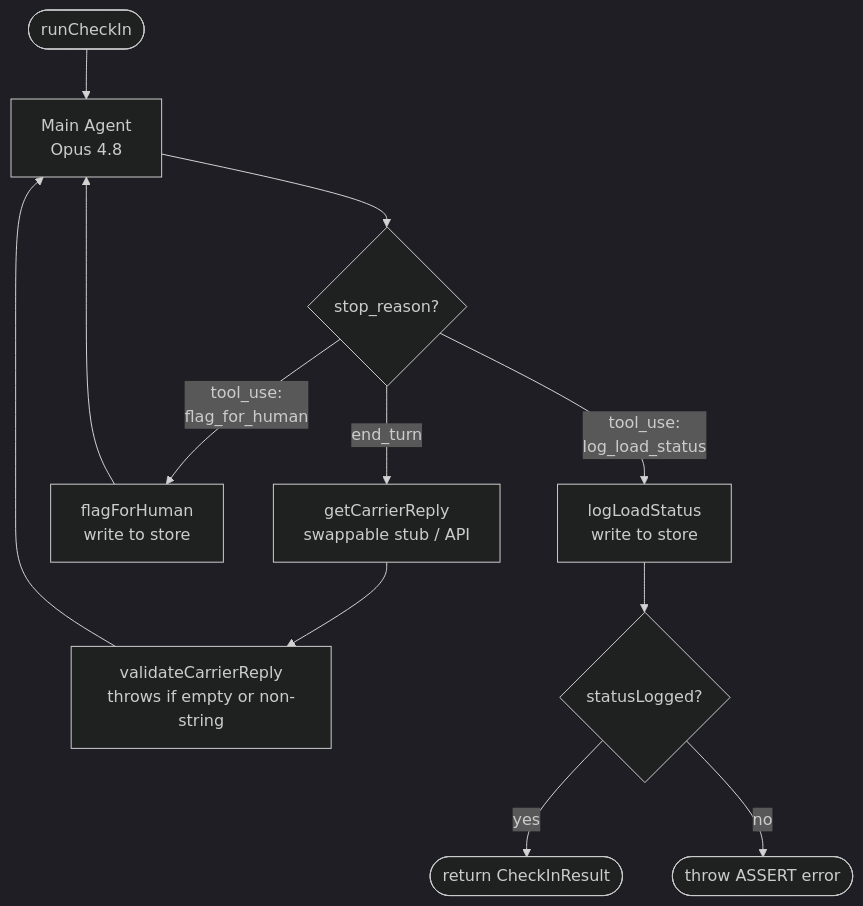
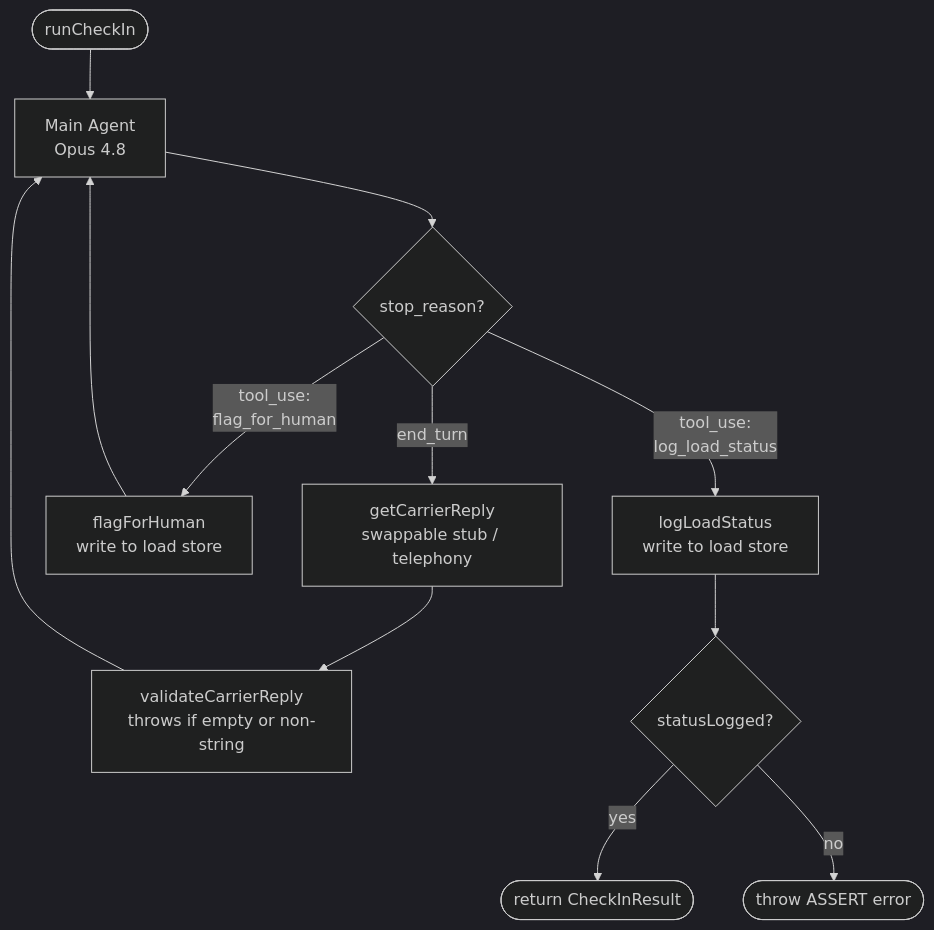
One commit to lucarizzo03/Outbound-agent changed the second of 2 diagrams in README.md. Above: the diagram before and after it, drawn with Mermaid (dark theme). The commit also changed other lines of this file and 11 other files, not shown here.

````diff
--- a/README.md
+++ b/README.md
@@ -22,18 +47,18 @@
 ```mermaid
 flowchart TD
     A([runCheckIn]) --> B[Main Agent\nOpus 4.8]
 
     B --> C{stop_reason?}
 
-    C -- end_turn --> D[getCarrierReply\nswappable stub / API]
+    C -- end_turn --> D[getCarrierReply\nswappable stub / telephony]
     D --> E[validateCarrierReply\nthrows if empty or non-string]
     E --> B
 
-    C -- tool_use:\nflag_for_human --> F[flagForHuman\nwrite to store]
+    C -- tool_use:\nflag_for_human --> F[flagForHuman\nwrite to load store]
     F --> B
 
-    C -- tool_use:\nlog_load_status --> G[logLoadStatus\nwrite to store]
+    C -- tool_use:\nlog_load_status --> G[logLoadStatus\nwrite to load store]
     G --> H{statusLogged?}
     H -- yes --> I([return CheckInResult])
     H -- no --> J([throw ASSERT error])
 ```
````
